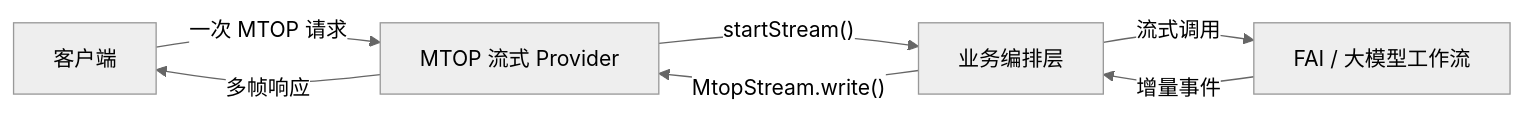
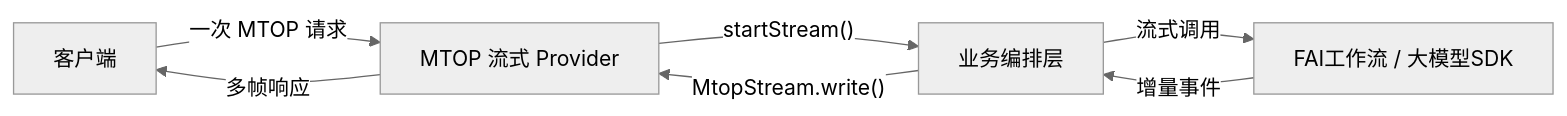
One commit to qiuhuajie/qiuhuajie-knowledge changed the diagram in 1question/人工智能/AI Studio/流式输出.md. Above: the diagram before and after it, drawn with Mermaid (neutral theme). The commit also changed other lines of this file and 15 other files, not shown here.

````diff
--- a/1question/人工智能/AI Studio/流式输出.md
+++ b/1question/人工智能/AI Studio/流式输出.md
@@ -123,9 +123,9 @@
     ```mermaid
     flowchart LR
         A["客户端"] -->|"一次 MTOP 请求"| B["MTOP 流式 Provider"]
         B -->|"startStream()"| C["业务编排层"]
-        C -->|"流式调用"| D["FAI / 大模型工作流"]
+        C -->|"流式调用"| D["FAI工作流 / 大模型SDK"]
         D -->|"增量事件"| C
         C -->|"MtopStream.write()"| B
         B -->|"多帧响应"| A
     ```
````
